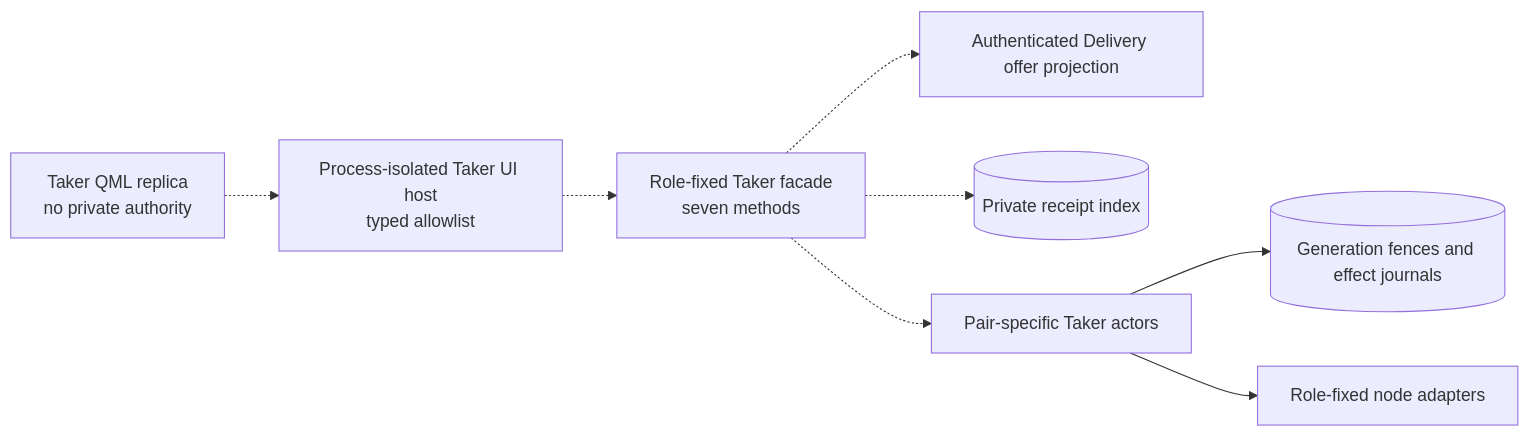
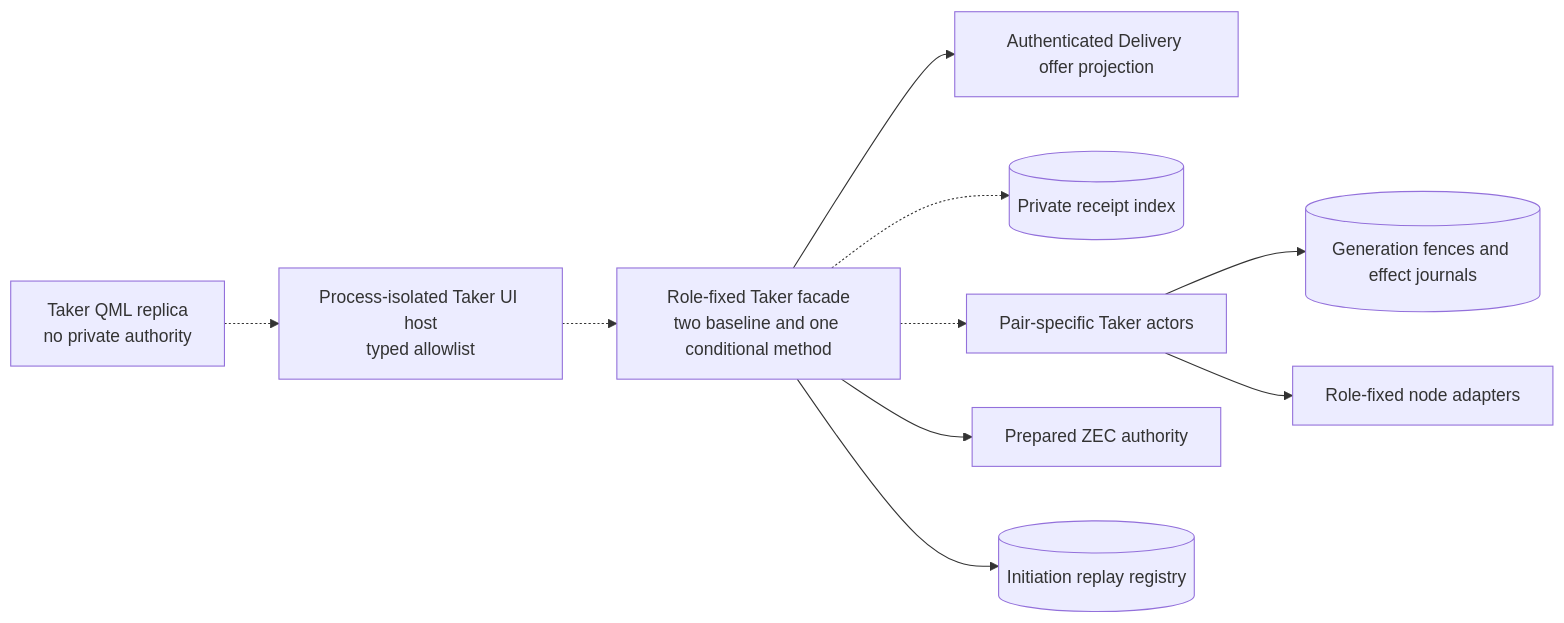
One commit to gateway-fm/lez-atomic-swaps changed the first of 3 diagrams in docs/architecture/0130-expose-a-strict-role-fixed-taker-facade.md. Above: the diagram before and after it, drawn with Mermaid. The commit also changed other lines of this file and 12 other files, not shown here.

````diff
--- a/docs/architecture/0130-expose-a-strict-role-fixed-taker-facade.md
+++ b/docs/architecture/0130-expose-a-strict-role-fixed-taker-facade.md
@@ -47,19 +47,23 @@
 ```mermaid
 flowchart LR
     Qml["Taker QML replica<br/>no private authority"]
     Host["Process-isolated Taker UI host<br/>typed allowlist"]
-    Facade["Role-fixed Taker facade<br/>seven methods"]
+    Facade["Role-fixed Taker facade<br/>two baseline and one conditional method"]
     Offers["Authenticated Delivery offer projection"]
     Receipts[("Private receipt index")]
     Actors["Pair-specific Taker actors"]
     Journals[("Generation fences and effect journals")]
+    Catalog["Prepared ZEC authority"]
+    Registry[("Initiation replay registry")]
     Nodes["Role-fixed node adapters"]
 
     Qml -.-> Host
     Host -.-> Facade
-    Facade -.-> Offers
+    Facade --> Offers
+    Facade --> Catalog
+    Facade --> Registry
     Facade -.-> Receipts
     Facade -.-> Actors
     Actors --> Journals
     Actors --> Nodes
 ```
````
